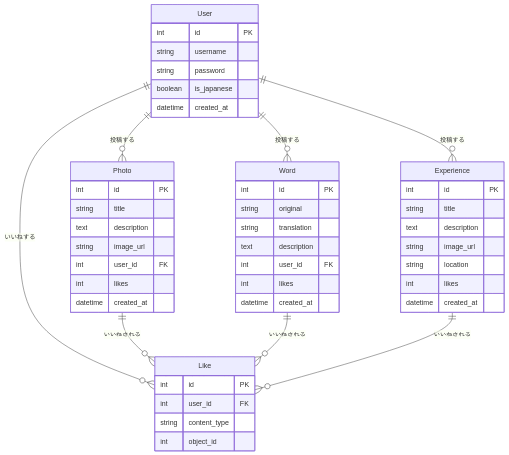
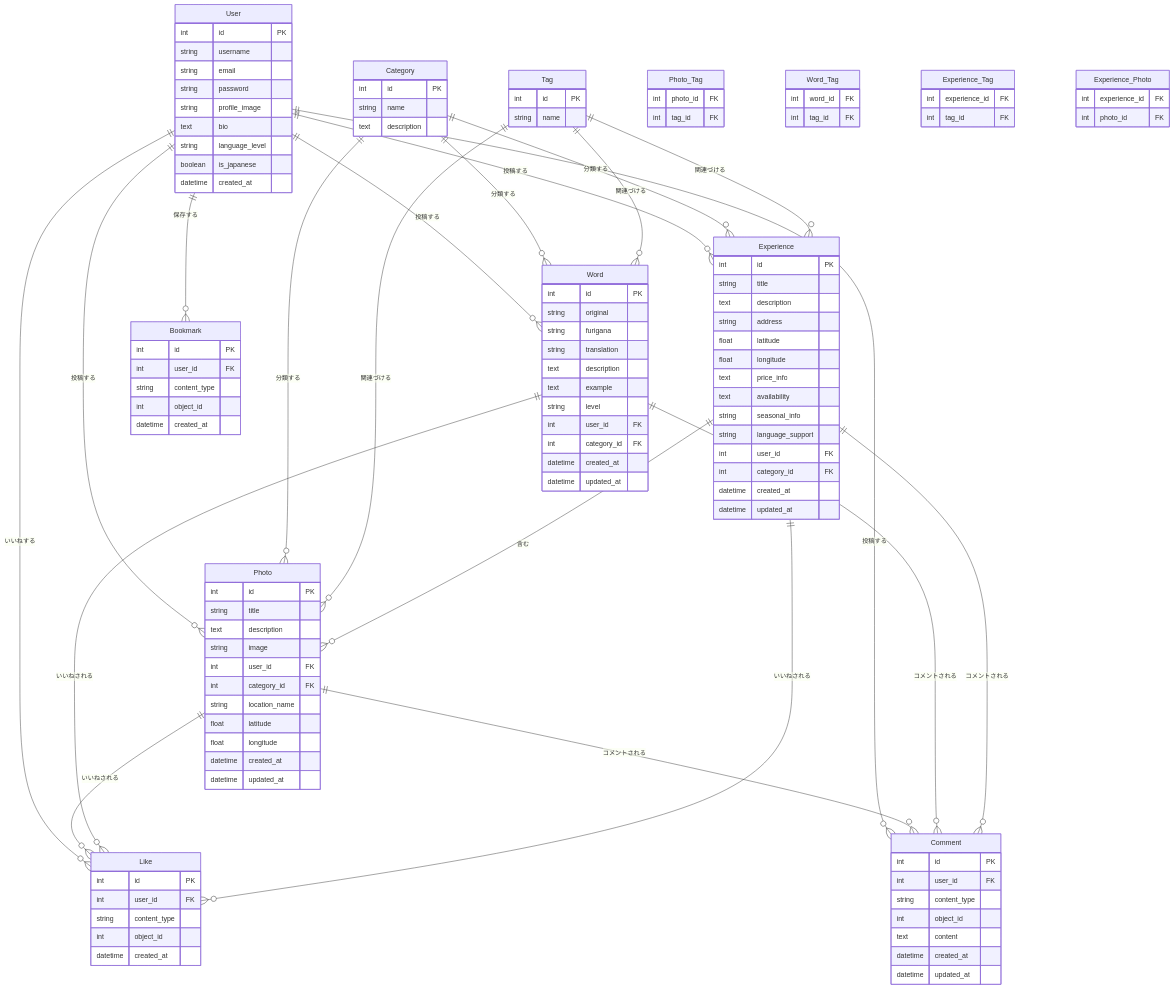
One commit to hirokishimizu39/ThisIsJapan2 changed the diagram in docs/database/database-design.md. Above: the diagram before and after it, drawn with Mermaid. The commit also changed other lines of this file and 5 other files, not shown here.

````diff
--- a/docs/database/database-design.md
+++ b/docs/database/database-design.md
@@ -7,47 +7,99 @@
     User ||--o{ Photo : "投稿する"
     User ||--o{ Word : "投稿する"
     User ||--o{ Experience : "投稿する"
+    User ||--o{ Comment : "投稿する"
     User ||--o{ Like : "いいねする"
+    User ||--o{ Bookmark : "保存する"
+    Category ||--o{ Photo : "分類する"
+    Category ||--o{ Word : "分類する"
+    Category ||--o{ Experience : "分類する"
+    Tag ||--o{ Photo : "関連づける"
+    Tag ||--o{ Word : "関連づける"
+    Tag ||--o{ Experience : "関連づける"
     Photo ||--o{ Like : "いいねされる"
     Word ||--o{ Like : "いいねされる"
     Experience ||--o{ Like : "いいねされる"
+    Photo ||--o{ Comment : "コメントされる"
+    Word ||--o{ Comment : "コメントされる"
+    Experience ||--o{ Comment : "コメントされる"
+    Experience ||--o{ Photo : "含む"
 
     User {
         int id PK
         string username
+        string email
         string password
+        string profile_image
+        text bio
+        string language_level
         boolean is_japanese
         datetime created_at
+    }
+
+    Category {
+        int id PK
+        string name
+        text description
+    }
+
+    Tag {
+        int id PK
+        string name
     }
 
     Photo {
         int id PK
         string title
         text description
-        string image_url
+        string image
         int user_id FK
-        int likes
+        int category_id FK
+        string location_name
+        float latitude
+        float longitude
         datetime created_at
+        datetime updated_at
     }
 
     Word {
         int id PK
         string original
+        string furigana
         string translation
         text description
+        text example
+        string level
         int user_id FK
-        int likes
+        int category_id FK
         datetime created_at
+        datetime updated_at
     }
 
     Experience {
         int id PK
         string title
         text description
-        string image_url
-        string location
-        int likes
+        string address
+        float latitude
+        float longitude
+        text price_info
+        text availability
+        string seasonal_info
+        string language_support
+        int user_id FK
+        int category_id FK
         datetime created_at
+        datetime updated_at
+    }
+
+    Comment {
+        int id PK
+        int user_id FK
+        string content_type
+        int object_id
+        text content
+        datetime created_at
+        datetime updated_at
     }
 
     Like {
@@ -55,5 +107,34 @@
         int user_id FK
         string content_type
         int object_id
+        datetime created_at
+    }
+
+    Bookmark {
+        int id PK
+        int user_id FK
+        string content_type
+        int object_id
+        datetime created_at
+    }
+
+    Photo_Tag {
+        int photo_id FK
+        int tag_id FK
+    }
+
+    Word_Tag {
+        int word_id FK
+        int tag_id FK
+    }
+
+    Experience_Tag {
+        int experience_id FK
+        int tag_id FK
+    }
+
+    Experience_Photo {
+        int experience_id FK
+        int photo_id FK
     }
 ```
````
